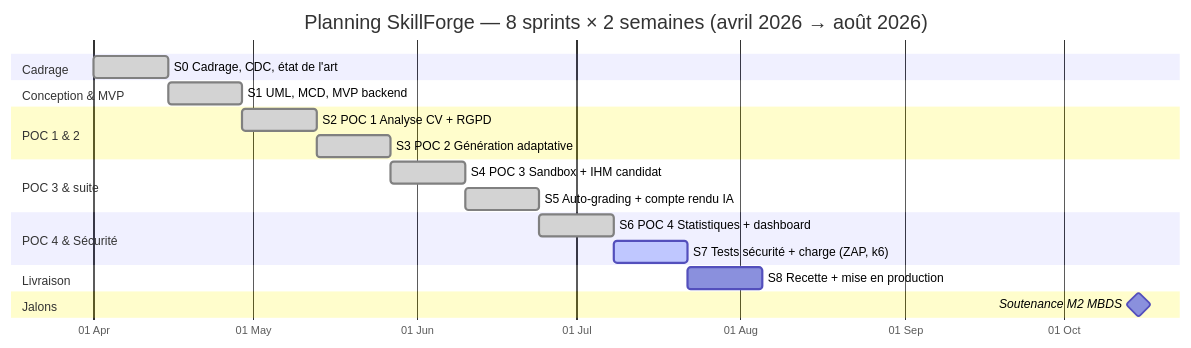
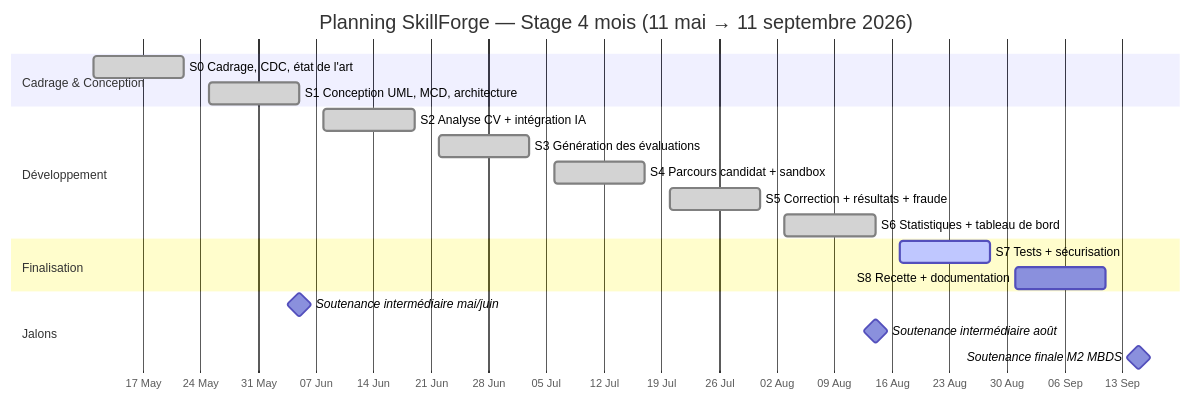
Before and after one commit to ainanyfitiagershom/skillforge-platform: the tenth of 11 diagrams in docs/MEMOIRE_DIAGRAMMES.md, drawn with Mermaid. The commit also changed other lines of this file and 5 other files, not shown here.

````diff
--- a/docs/MEMOIRE_DIAGRAMMES.md
+++ b/docs/MEMOIRE_DIAGRAMMES.md
@@ -493,30 +494,26 @@
 ```mermaid
 gantt
-    title Planning SkillForge — 8 sprints × 2 semaines (avril 2026 → août 2026)
+    title Planning SkillForge — Stage 4 mois (11 mai → 11 septembre 2026)
     dateFormat  YYYY-MM-DD
     axisFormat  %d %b
 
-    section Cadrage
-    S0 Cadrage, CDC, état de l'art       :done, s0, 2026-04-01, 14d
+    section Cadrage & Conception
+    S0 Cadrage, CDC, état de l'art       :done, s0, 2026-05-11, 2026-05-22
+    S1 Conception UML, MCD, architecture :done, s1, 2026-05-25, 2026-06-05
 
-    section Conception & MVP
-    S1 UML, MCD, MVP backend             :done, s1, after s0, 14d
+    section Développement
+    S2 Analyse CV + intégration IA       :done, s2, 2026-06-08, 2026-06-19
+    S3 Génération des évaluations        :done, s3, 2026-06-22, 2026-07-03
+    S4 Parcours candidat + sandbox       :done, s4, 2026-07-06, 2026-07-17
+    S5 Correction + résultats + fraude   :done, s5, 2026-07-20, 2026-07-31
+    S6 Statistiques + tableau de bord    :done, s6, 2026-08-03, 2026-08-14
 
-    section POC 1 & 2
-    S2 POC 1 Analyse CV + RGPD           :done, s2, after s1, 14d
-    S3 POC 2 Génération adaptative       :done, s3, after s2, 14d
-
-    section POC 3 & suite
-    S4 POC 3 Sandbox + IHM candidat      :done, s4, after s3, 14d
-    S5 Auto-grading + compte rendu IA    :done, s5, after s4, 14d
-
-    section POC 4 & Sécurité
-    S6 POC 4 Statistiques + dashboard    :done, s6, after s5, 14d
-    S7 Tests sécurité + charge (ZAP, k6) :active, s7, after s6, 14d
-
-    section Livraison
-    S8 Recette + mise en production      :s8, after s7, 14d
+    section Finalisation
+    S7 Tests + sécurisation              :active, s7, 2026-08-17, 2026-08-28
+    S8 Recette + documentation           :s8, 2026-08-31, 2026-09-11
 
     section Jalons
-    Soutenance M2 MBDS                    :milestone, sout, 2026-10-15, 0d
+    Soutenance intermédiaire mai/juin    :milestone, sm1, 2026-06-05, 0d
+    Soutenance intermédiaire août        :milestone, sm2, 2026-08-14, 0d
+    Soutenance finale M2 MBDS            :milestone, sfin, 2026-09-15, 0d
 ```
````
